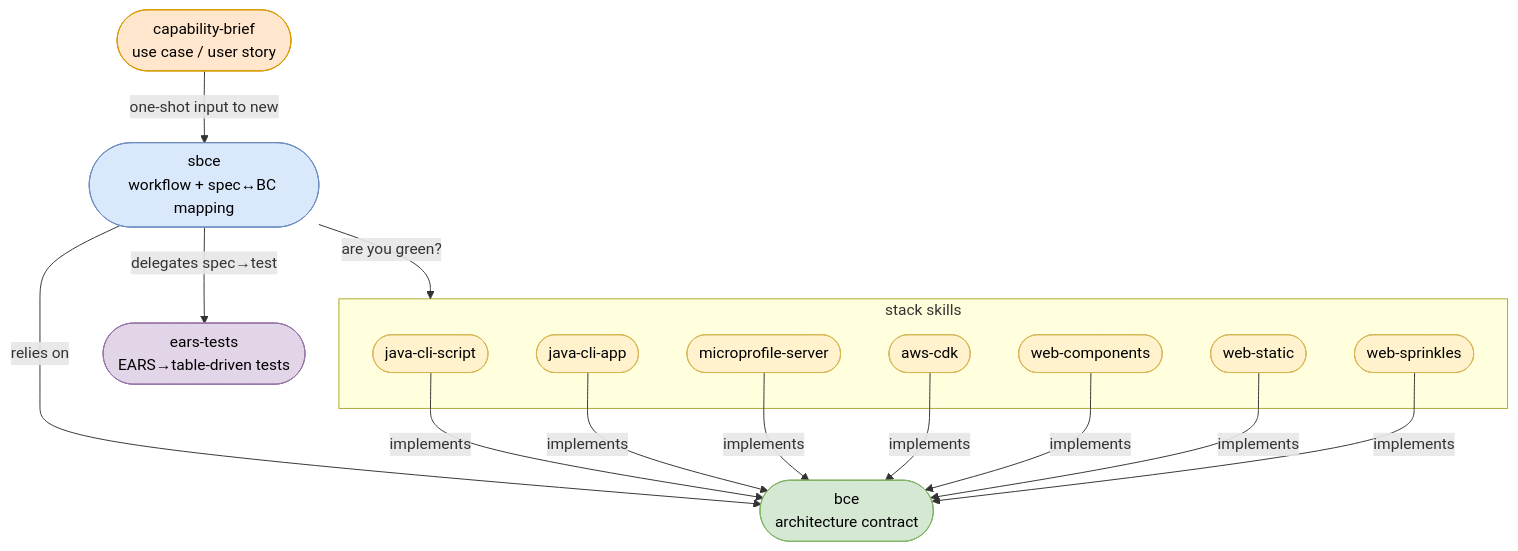
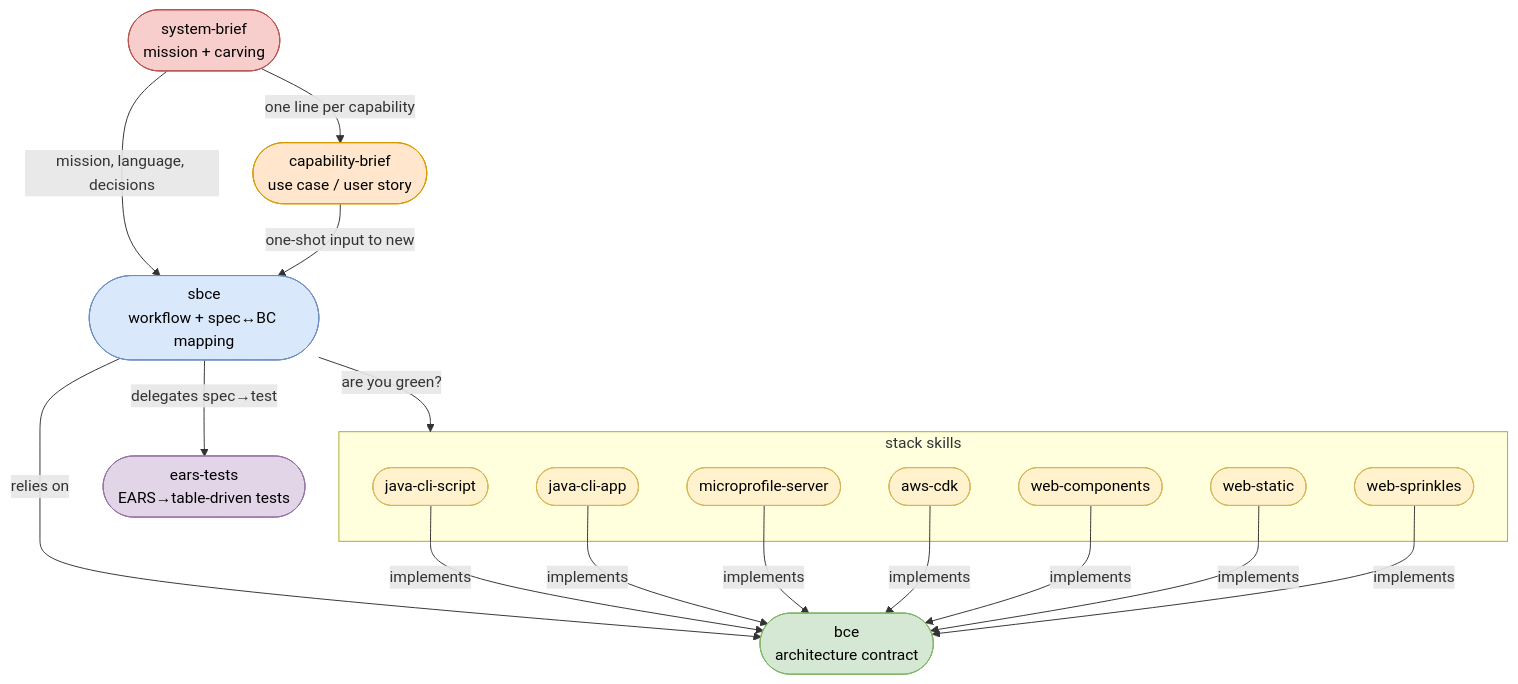
Before and after one commit to AdamBien/airails: the diagram in bce/sbce/README.md, drawn with Mermaid. The commit also changed other lines of this file and 2 other files, not shown here.

Commit message:
system-capability referenced

````diff
--- a/bce/sbce/README.md
+++ b/bce/sbce/README.md
@@ -53,40 +57,45 @@
 ```mermaid
 graph TD
     SBCE([sbce<br>workflow + spec↔BC mapping])
     BCE([bce<br>architecture contract])
     EARS([ears-tests<br>EARS→table-driven tests])
     Brief([capability-brief<br>use case / user story])
+    System([system-brief<br>mission + carving])
 
     subgraph StackSkills[stack skills]
         JavaScript([java-cli-script])
         JavaCli([java-cli-app])
         MicroProfile([microprofile-server])
         AwsCdk([aws-cdk])
         WebComponents([web-components])
         WebStatic([web-static])
         WebSprinkles([web-sprinkles])
     end
 
+    System -->|one line per capability| Brief
+    System -->|mission, language, decisions| SBCE
     Brief -->|one-shot input to new| SBCE
     SBCE -->|relies on| BCE
     SBCE -->|delegates spec→test| EARS
     SBCE -->|"are you green?"| StackSkills
     JavaScript -->|implements| BCE
     JavaCli -->|implements| BCE
     MicroProfile -->|implements| BCE
     AwsCdk -->|implements| BCE
     WebComponents -->|implements| BCE
     WebStatic -->|implements| BCE
     WebSprinkles -->|implements| BCE
 
     classDef workflow fill:#dae8fc,stroke:#6c8ebf,color:#000
     classDef contract fill:#d5e8d4,stroke:#82b366,color:#000
     classDef transform fill:#e1d5e7,stroke:#9673a6,color:#000
     classDef stack fill:#fff2cc,stroke:#d6b656,color:#000
     classDef intent fill:#ffe6cc,stroke:#d79b00,color:#000
+    classDef purpose fill:#f8cecc,stroke:#b85450,color:#000
     class SBCE workflow
     class Brief intent
+    class System purpose
     class BCE contract
     class EARS transform
     class JavaScript,JavaCli,MicroProfile,AwsCdk,WebComponents,WebStatic,WebSprinkles stack
 ```
````
